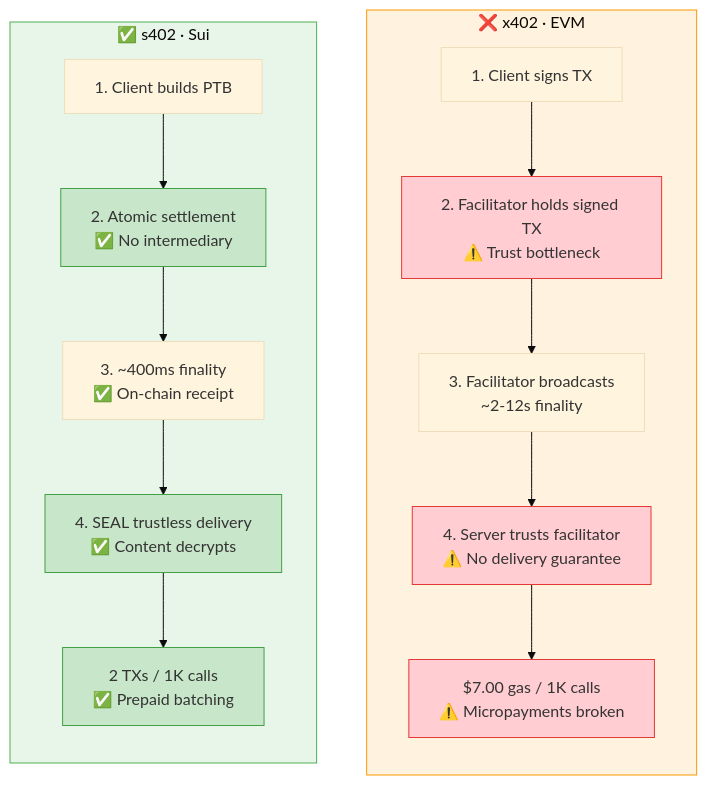
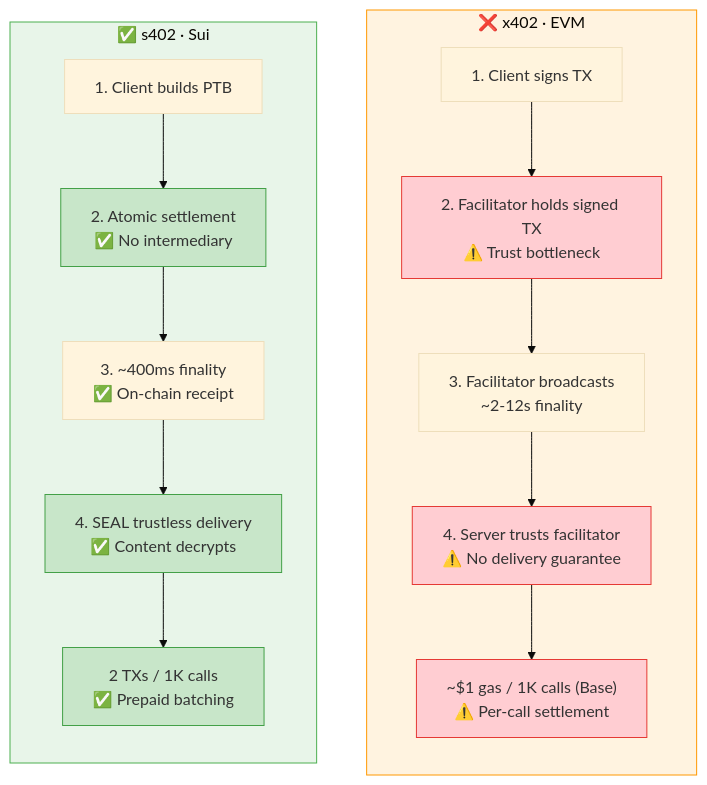
One commit to sweeinc/sweefi changed the diagram in docs/x402-vs-s402.mmd. Above: the diagram before and after it, drawn with Mermaid. The commit also changed 4 other files, not shown here.

First line of the commit message:
fix(docs): correct gas cost comparison from $7 (L1) to ~$1 (Base L2)

```diff
--- a/docs/x402-vs-s402.mmd
+++ b/docs/x402-vs-s402.mmd
@@ -1,27 +1,27 @@
 %%{init: {'theme': 'base', 'themeVariables': { 'fontFamily': 'Inter, system-ui, sans-serif' }}}%%
 
 graph TB
     subgraph X402["❌ x402 · EVM"]
         direction TB
         X1["1. Client signs TX"] --> X2["2. Facilitator holds signed TX<br/>⚠️ Trust bottleneck"]
         X2 --> X3["3. Facilitator broadcasts<br/>~2-12s finality"]
         X3 --> X4["4. Server trusts facilitator<br/>⚠️ No delivery guarantee"]
-        X4 --> X5["$7.00 gas / 1K calls<br/>⚠️ Micropayments broken"]
+        X4 --> X5["~$1 gas / 1K calls (Base)<br/>⚠️ Per-call settlement"]
     end
 
     subgraph S402["✅ s402 · Sui"]
         direction TB
         S1["1. Client builds PTB"] --> S2["2. Atomic settlement<br/>✅ No intermediary"]
         S2 --> S3["3. ~400ms finality<br/>✅ On-chain receipt"]
         S3 --> S4["4. SEAL trustless delivery<br/>✅ Content decrypts"]
         S4 --> S5["2 TXs / 1K calls<br/>✅ Prepaid batching"]
     end
 
     style X402 fill:#FFF3E0,stroke:#FF9800
     style S402 fill:#E8F5E9,stroke:#4CAF50
     style X2 fill:#FFCDD2,stroke:#E53935
     style X4 fill:#FFCDD2,stroke:#E53935
     style X5 fill:#FFCDD2,stroke:#E53935
     style S2 fill:#C8E6C9,stroke:#43A047
     style S4 fill:#C8E6C9,stroke:#43A047
     style S5 fill:#C8E6C9,stroke:#43A047
```
